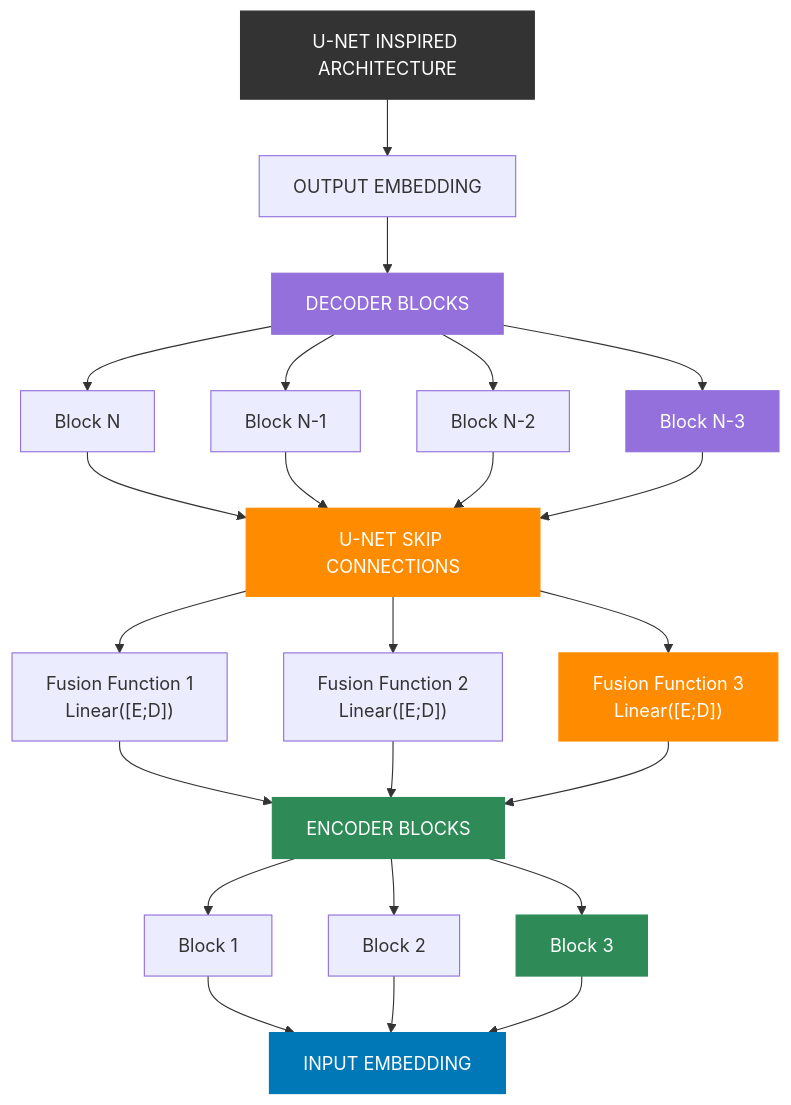
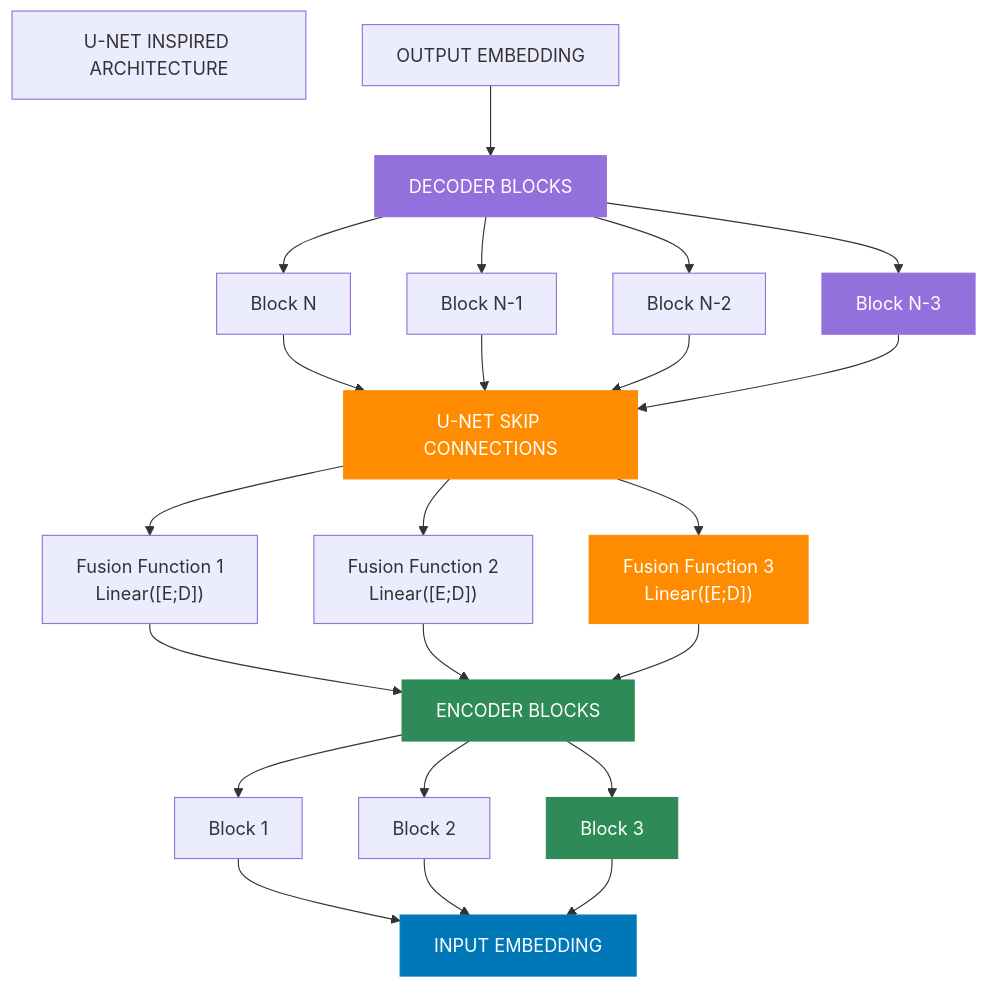
Before and after one commit to CambrianTech/sentinel-ai: the fourth of 6 diagrams in README.md, drawn with Mermaid. The commit also changed other lines of this file, not shown here.

First line of the commit message:
Fix chart title nodes in all diagrams

````diff
--- a/README.md
+++ b/README.md
@@ -209,61 +206,60 @@
 ```mermaid
 flowchart TD
     classDef standard fill:#333,stroke:#333,stroke-width:1px,color:#fff
     classDef embedding fill:#0078b8,stroke:#0078b8,stroke-width:1px,color:#fff
     classDef decoder fill:#9370db,stroke:#9370db,stroke-width:1px,color:#fff
     classDef skip fill:#ff8c00,stroke:#ff8c00,stroke-width:1px,color:#fff
     classDef encoder fill:#2e8b57,stroke:#2e8b57,stroke-width:1px,color:#fff
     
     %% Main Components
-    title["U-NET INSPIRED ARCHITECTURE"]
+    header["U-NET INSPIRED ARCHITECTURE"]
     outputEmbed["OUTPUT EMBEDDING"]
     decoderBlocks["DECODER BLOCKS"]
     skipConnections["U-NET SKIP CONNECTIONS"]
     encoderBlocks["ENCODER BLOCKS"]
     inputEmbed["INPUT EMBEDDING"]
     
     %% Decoder Components
     blockN["Block N"]
     blockN1["Block N-1"]
     blockN2["Block N-2"]
     blockN3["Block N-3"]
     
     %% Skip Components
     fusion1["Fusion Function 1<br/>Linear([E;D])"]
     fusion2["Fusion Function 2<br/>Linear([E;D])"]
     fusion3["Fusion Function 3<br/>Linear([E;D])"]
     
     %% Encoder Components
     block1["Block 1"]
     block2["Block 2"]
     block3["Block 3"]
     
     %% Connections
-    title --> outputEmbed
-    outputEmbed --> decoderBlocks
+        outputEmbed --> decoderBlocks
     
     decoderBlocks --> blockN & blockN1 & blockN2 & blockN3
     
     blockN & blockN1 & blockN2 & blockN3 --> skipConnections
     
     skipConnections --> fusion1 & fusion2 & fusion3
     
     fusion1 & fusion2 & fusion3 --> encoderBlocks
     
     encoderBlocks --> block1 & block2 & block3
     
     block1 & block2 & block3 --> inputEmbed
     
     %% Styling
-    title:::standard
+    header:::header
     outputEmbed & inputEmbed:::embedding
     decoderBlocks:::decoder
     skipConnections:::skip
     encoderBlocks:::encoder
     
     blockN & blockN1 & blockN2 & blockN3:::decoder
     
     fusion1 & fusion2 & fusion3:::skip
     
     block1 & block2 & block3:::encoder
 ```
````
